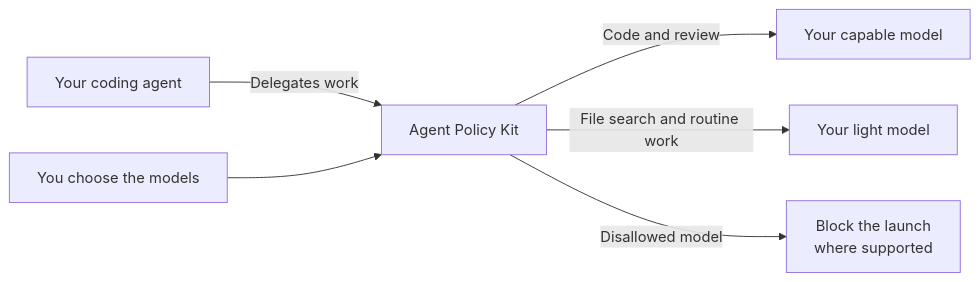
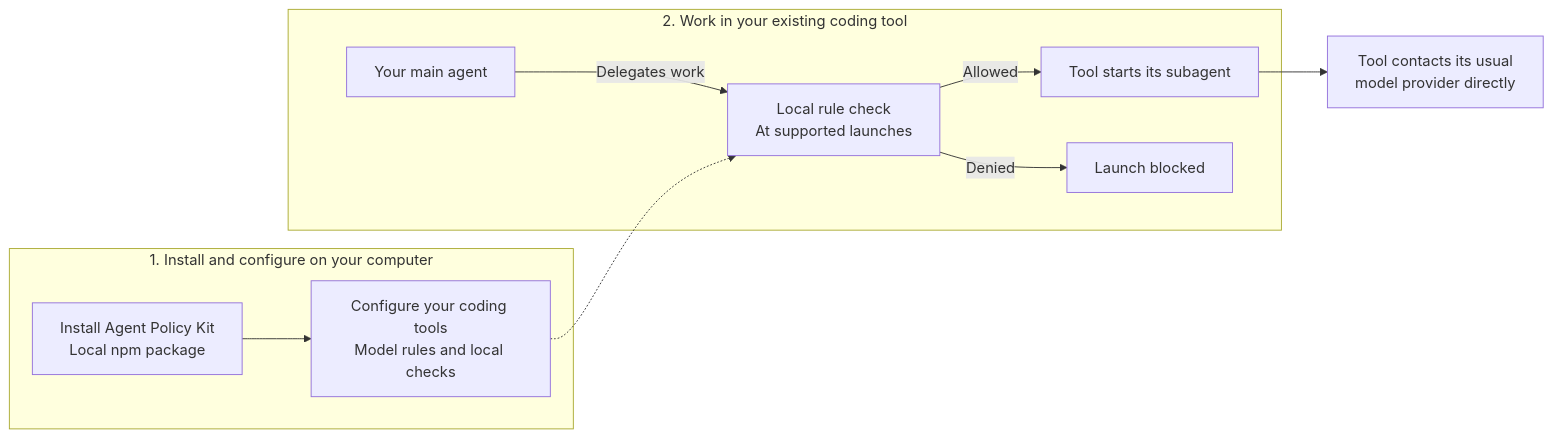
One commit to automatis-tools/agent-policy-kit changed the diagram in README.md. Above: the diagram before and after it, drawn with Mermaid. The commit also changed other lines of this file, not shown here.

Commit message:
docs: distinguish package setup from native agent execution

````diff
--- a/README.md
+++ b/README.md
@@ -3,8 +3,13 @@
 ```mermaid
 flowchart LR
-    Main["Your coding agent"] -->|Delegates work| Kit["Agent Policy Kit"]
-    You["You choose the models"] --> Kit
-    Kit -->|Code and review| Code["Your capable model"]
-    Kit -->|File search and routine work| Light["Your light model"]
-    Kit -->|Disallowed model| Block["Block the launch<br/>where supported"]
+    subgraph Setup["1. Install and configure on your computer"]
+        Kit["Install Agent Policy Kit<br/>Local npm package"] --> Rules["Configure your coding tools<br/>Model rules and local checks"]
+    end
+    subgraph Work["2. Work in your existing coding tool"]
+        Main["Your main agent"] -->|Delegates work| Check["Local rule check<br/>At supported launches"]
+        Check -->|Allowed| Sub["Tool starts its subagent"]
+        Check -->|Denied| Block["Launch blocked"]
+    end
+    Rules -.-> Check
+    Sub --> Provider["Tool contacts its usual<br/>model provider directly"]
 ```
````
